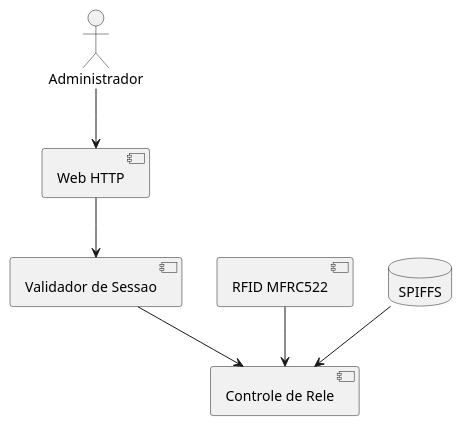
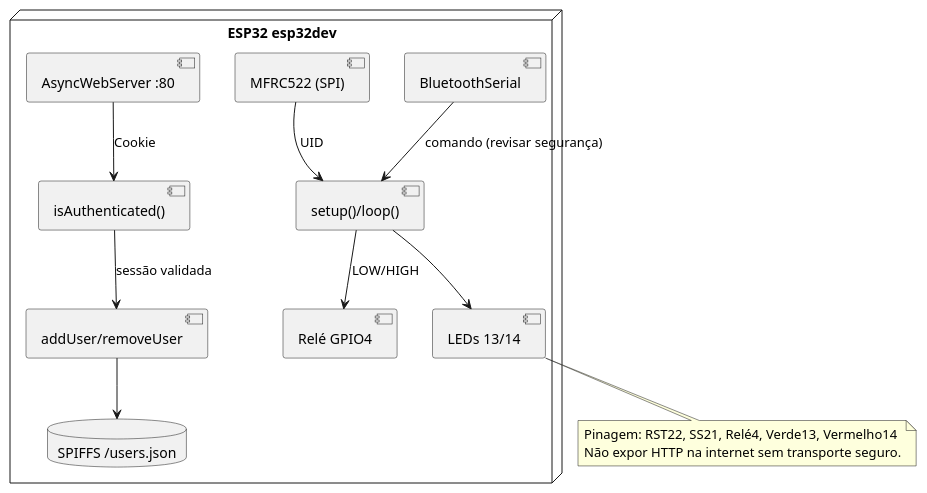
One commit to DanieldeAlmeida2024/Modulock changed the diagram in docs/UML.puml. Above: the diagram before and after it, drawn with PlantUML. The commit also changed 11 other files, not shown here.

Commit message:
docs: especificacao de firmware ESP32, GPIO, sessao, UML e seguranca (#2)

```diff
--- a/docs/UML.puml
+++ b/docs/UML.puml
@@ -1,13 +1,24 @@
 @startuml
-actor Administrador
-component "Web HTTP" as Web
-component "Validador de Sessao" as Sessao
-component "RFID MFRC522" as Leitor
-component "Controle de Rele" as Rele
-database SPIFFS
-Administrador --> Web
-Web --> Sessao
-Sessao --> Rele
-Leitor --> Rele
-SPIFFS --> Rele
+node "ESP32 esp32dev" {
+  component "setup()/loop()" as Loop
+  component "MFRC522 (SPI)" as RFID
+  component "AsyncWebServer :80" as HTTP
+  component "BluetoothSerial" as BT
+  component "isAuthenticated()" as Auth
+  component "addUser/removeUser" as Cad
+  database "SPIFFS /users.json" as Users
+  component "Relé GPIO4" as Relay
+  component "LEDs 13/14" as LED
+}
+RFID --> Loop : UID
+HTTP --> Auth : Cookie
+Auth --> Cad : sessão validada
+Cad --> Users
+BT --> Loop : comando (revisar segurança)
+Loop --> Relay : LOW/HIGH
+Loop --> LED
+note bottom
+Pinagem: RST22, SS21, Relé4, Verde13, Vermelho14
+Não expor HTTP na internet sem transporte seguro.
+end note
 @enduml
```
